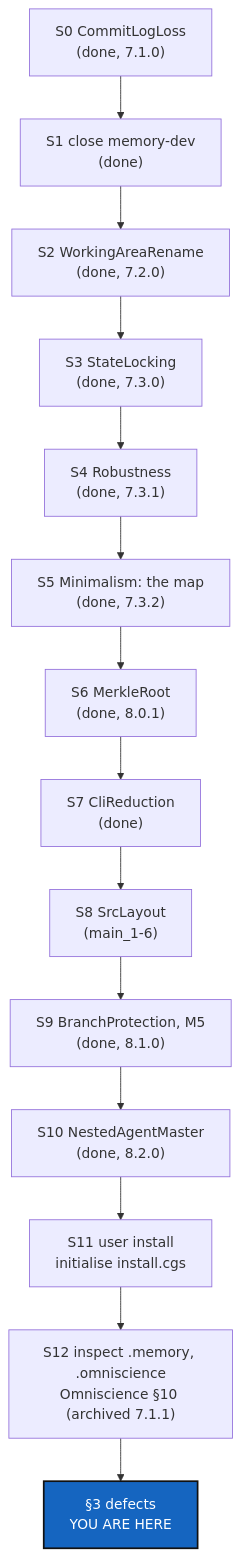
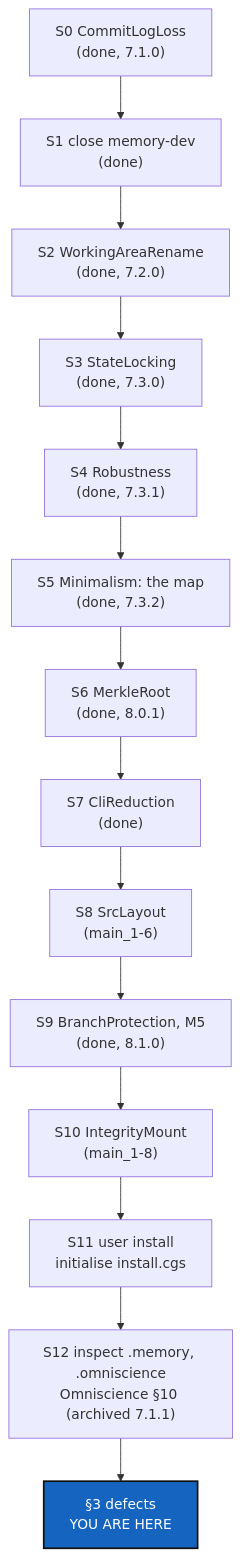
The diagram in DevTickets/openTickets/main_1-1_BeforeBeta_DevPlanTicket.md (flipoyo/.dev), drawn with Mermaid before and after one commit. The commit also changed other lines of this file and 1 other file, not shown here.

````diff
--- a/DevTickets/openTickets/main_1-1_BeforeBeta_DevPlanTicket.md
+++ b/DevTickets/openTickets/main_1-1_BeforeBeta_DevPlanTicket.md
@@ -146,19 +146,19 @@
 ```mermaid
 graph TD
     S0["S0 CommitLogLoss<br/>(done, 7.1.0)"] --> S1["S1 close memory-dev<br/>(done)"]
     S1 --> S2["S2 WorkingAreaRename<br/>(done, 7.2.0)"]
     S2 --> S3["S3 StateLocking<br/>(done, 7.3.0)"]
     S3 --> S4["S4 Robustness<br/>(done, 7.3.1)"]
     S4 --> S5["S5 Minimalism: the map<br/>(done, 7.3.2)"]
     S5 --> S6["S6 MerkleRoot<br/>(done, 8.0.1)"]
     S6 --> S7["S7 CliReduction<br/>(done)"]
     S7 --> S8["S8 SrcLayout<br/>(main_1-6)"]
     S8 --> S9["S9 BranchProtection, M5<br/>(done, 8.1.0)"]
-    S9 --> S10["S10 NestedAgentMaster<br/>(done, 8.2.0)"]
+    S9 --> S10["S10 IntegrityMount<br/>(main_1-8)"]
     S10 --> S11["S11 user install<br/>initialise install.cgs"]
     S11 --> S12["S12 inspect .memory, .omniscience<br/>Omniscience §10 (archived 7.1.1)"]
     S12 --> R["§3 defects<br/>YOU ARE HERE"]
 
     classDef here fill:#1565C0,color:#fff,stroke:#111,stroke-width:2px;
     class R here;
 ```
````
